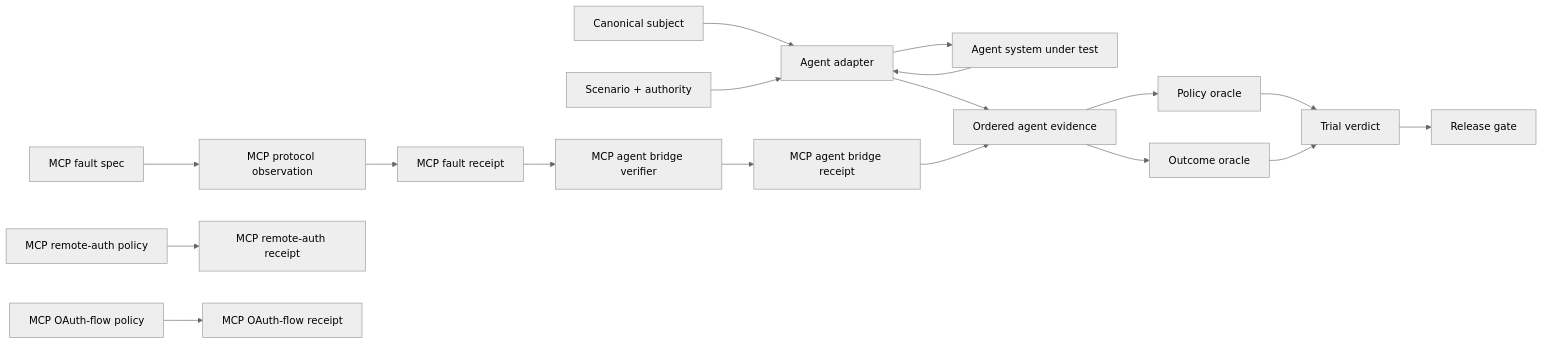
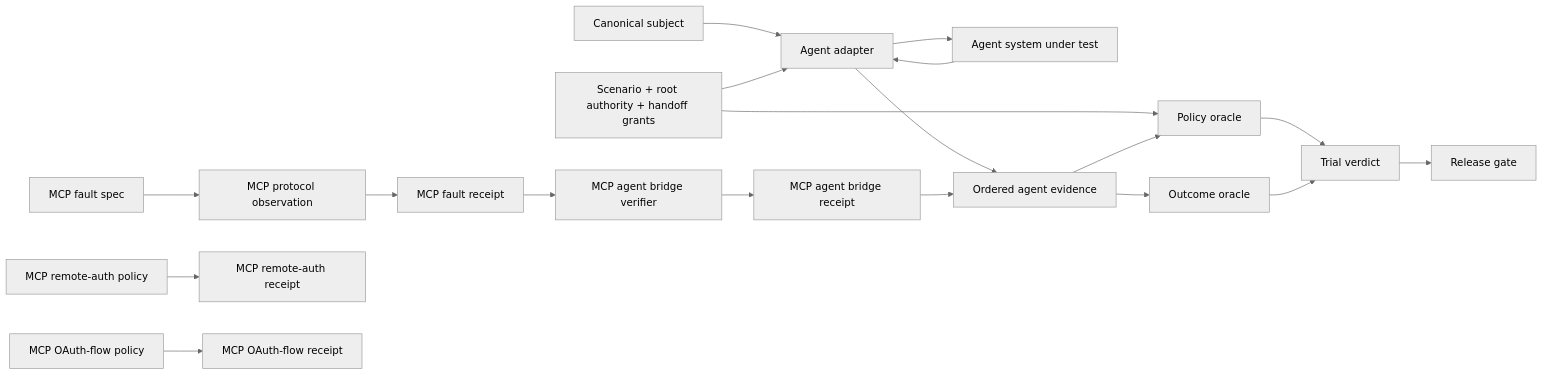
The diagram in README.md (portyu9/qa-automation-ai-agent-evals), drawn with Mermaid (neutral theme) before and after one commit. The commit also changed other lines of this file, not shown here.

Commit message:
docs: surface native handoff authority assurance

````diff
--- a/README.md
+++ b/README.md
@@ -268,46 +295,47 @@
 ```mermaid
 flowchart LR
-    accTitle: Evidence-bound agent, MCP protocol, MCP-to-agent delivery, resource authorization, and OAuth-flow assurance architecture
-    accDescr: Canonical subject and scenario contracts drive agent execution and deterministic grading. Raw MCP protocol, remote-auth, and OAuth observations remain separate evidence. Three controlled MCP stdio paths cross into agent evidence only after exact bridge verification.
+    accTitle: Evidence-bound agent, delegated-handoff, MCP protocol, MCP-to-agent delivery, resource authorization, and OAuth-flow assurance architecture
+    accDescr: Canonical subject and scenario contracts drive agent execution and deterministic grading. Scenario-owned handoff grants constrain active-agent authority. Raw MCP protocol, remote-auth, and OAuth observations remain separate evidence. Three controlled MCP stdio paths cross into agent evidence only after exact bridge verification.
 
     S[Canonical subject]
-    C[Scenario + authority]
+    C[Scenario + root authority + handoff grants]
     A[Agent adapter]
     U[Agent system under test]
     E[Ordered agent evidence]
     P[Policy oracle]
     O[Outcome oracle]
     T[Trial verdict]
     G[Release gate]
 
     MF[MCP fault spec]
     MP[MCP protocol observation]
     MR[MCP fault receipt]
     B[MCP agent bridge verifier]
     BR[MCP agent bridge receipt]
 
     AP[MCP remote-auth policy]
     AR[MCP remote-auth receipt]
     OP[MCP OAuth-flow policy]
     OR[MCP OAuth-flow receipt]
 
     S --> A
     C --> A
     A --> U
     U --> A
     A --> E
+    C --> P
     E --> P
     E --> O
     P --> T
     O --> T
     T --> G
 
     MF --> MP
     MP --> MR
     MR --> B
     B --> BR
     BR --> E
 
     AP --> AR
     OP --> OR
 ```
````
